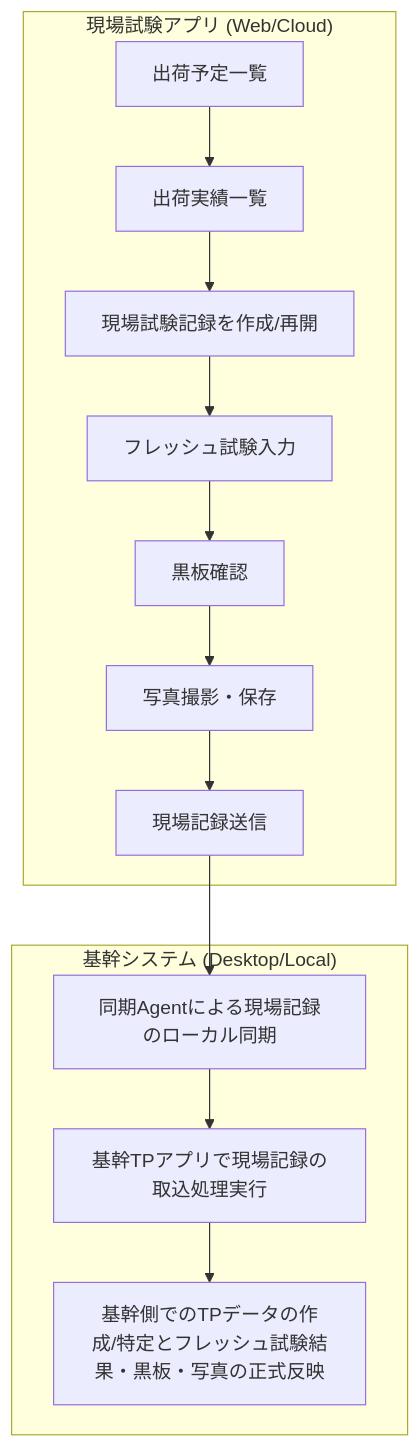
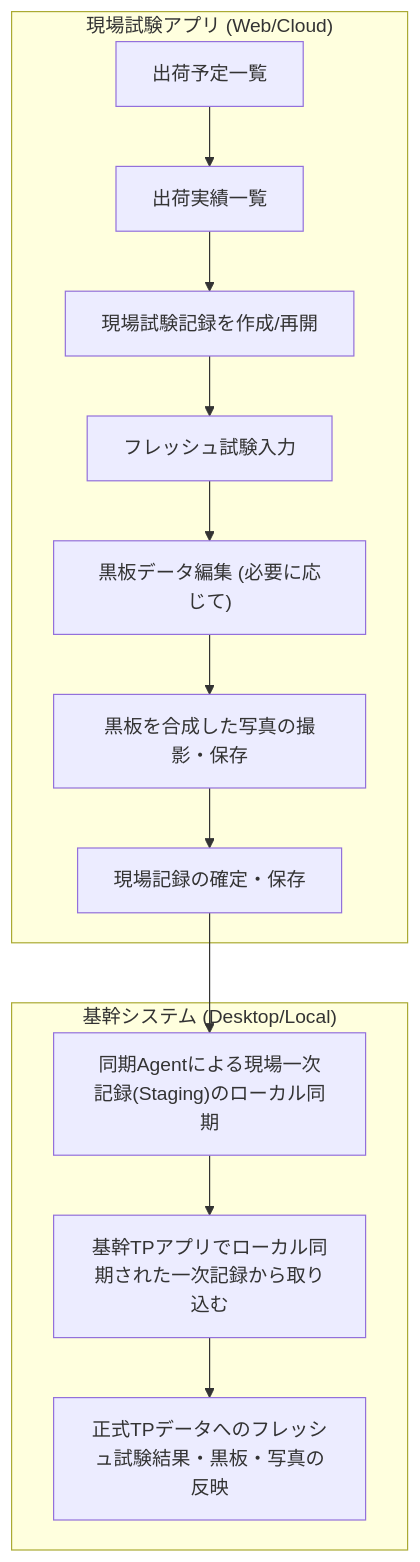
Before and after one commit to sakku0039/FieldTester: the first of 11 diagrams in docs/Labonity用現場試験アプリ_設計書_v1.0.md, drawn with Mermaid. The commit also changed other lines of this file, not shown here.

````diff
--- a/docs/Labonity用現場試験アプリ_設計書_v1.0.md
+++ b/docs/Labonity用現場試験アプリ_設計書_v1.0.md
@@ -82,17 +82,17 @@
 ```mermaid
 flowchart TD
     subgraph 現場試験アプリ ["現場試験アプリ (Web/Cloud)"]
-        A[出荷予定一覧] --> B[出荷実績一覧]
-        B --> C[現場試験記録を作成/再開]
-        C --> G[フレッシュ試験入力]
-        G --> H[黒板確認]
-        H --> I[写真撮影・保存]
-        I --> J[現場記録送信]
+        A["出荷予定一覧"] --> B["出荷実績一覧"]
+        B --> C["現場試験記録を作成/再開"]
+        C --> G["フレッシュ試験入力"]
+        G --> H["黒板データ編集 (必要に応じて)"]
+        H --> I["黒板を合成した写真の撮影・保存"]
+        I --> J["現場記録の確定・保存"]
     end
 
     subgraph 基幹システム ["基幹システム (Desktop/Local)"]
-        J --> K[同期Agentによる現場記録のローカル同期]
-        K --> L[基幹TPアプリで現場記録の取込処理実行]
-        L --> M[基幹側でのTPデータの作成/特定とフレッシュ試験結果・黒板・写真の正式反映]
+        J --> K["同期Agentによる現場一次記録(Staging)のローカル同期"]
+        K --> L["基幹TPアプリでローカル同期された一次記録から取り込む"]
+        L --> M["正式TPデータへのフレッシュ試験結果・黒板・写真の反映"]
     end
 ```
````
